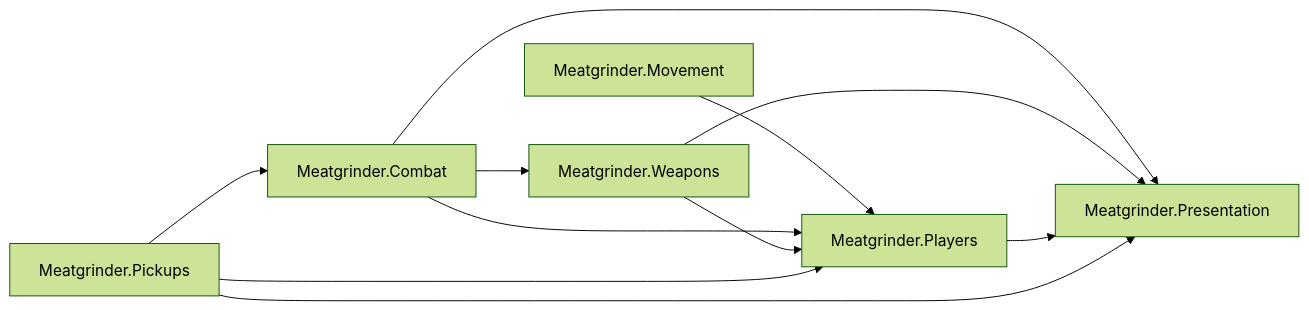
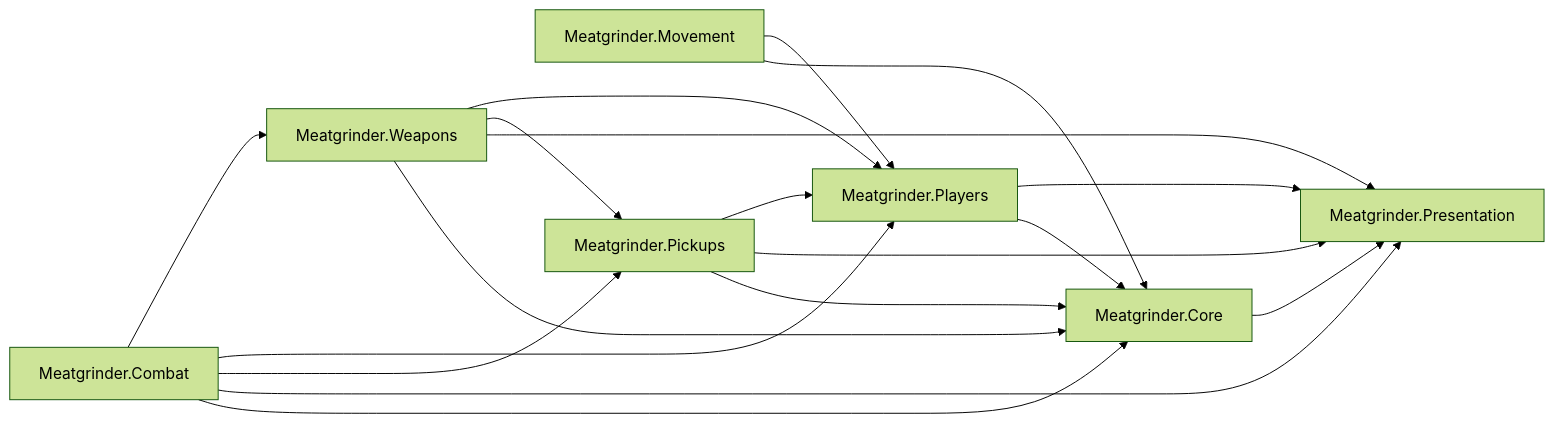
The second of 2 diagrams in Documentation/DEPENDENCY_GRAPH.md (EduardoA-J/MEATGRINDER), drawn with Mermaid (forest theme) before and after one commit. The commit also changed other lines of this file and 385 other files, not shown here.

First line of the commit message:
Integrate local game flow, combat, and four-map presentation

````diff
--- a/Documentation/DEPENDENCY_GRAPH.md
+++ b/Documentation/DEPENDENCY_GRAPH.md
@@ -67,19 +67,27 @@
 ```mermaid
 flowchart LR
   movement[Meatgrinder.Movement]
   combat[Meatgrinder.Combat]
   weapons[Meatgrinder.Weapons]
   pickups[Meatgrinder.Pickups]
   players[Meatgrinder.Players]
   presentation[Meatgrinder.Presentation]
+  core[Meatgrinder.Core]
   movement --> players
   combat --> weapons
   combat --> players
   weapons --> players
-  pickups --> combat
+  combat --> pickups
+  weapons --> pickups
   pickups --> players
   combat --> presentation
   weapons --> presentation
   players --> presentation
   pickups --> presentation
+  movement --> core
+  combat --> core
+  weapons --> core
+  pickups --> core
+  players --> core
+  core --> presentation
 ```
````
